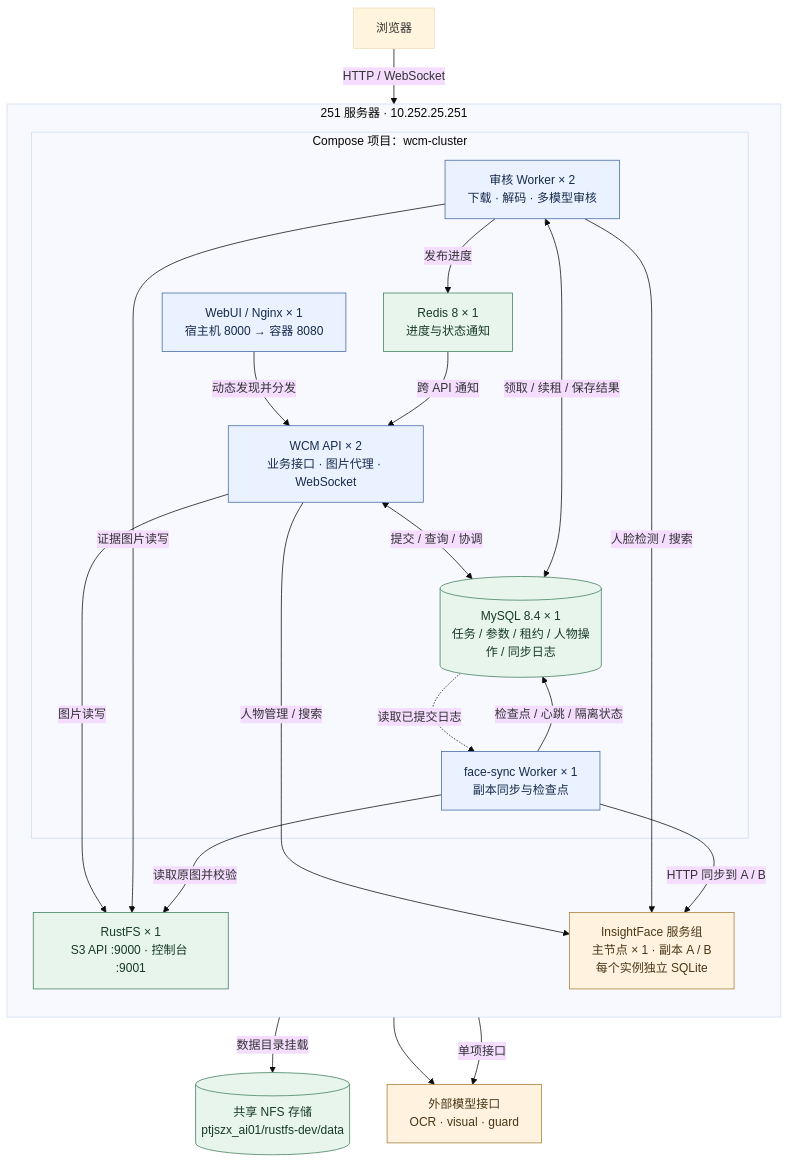
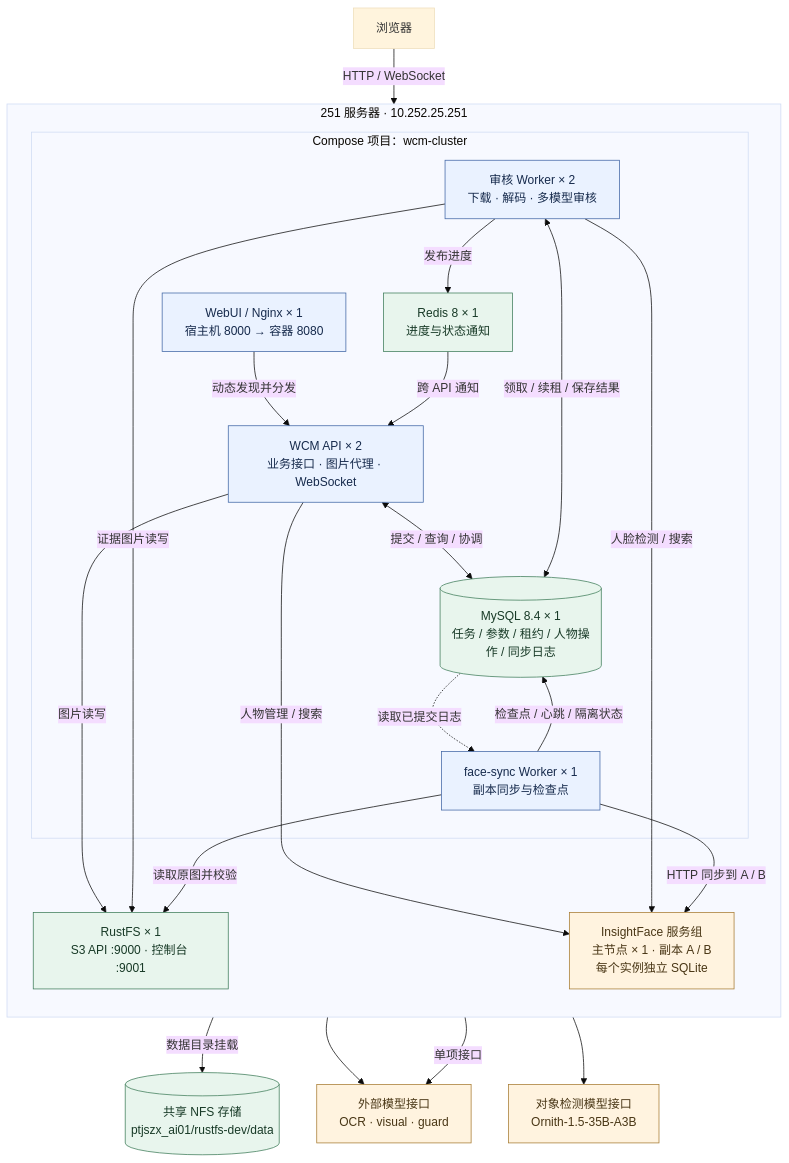
One commit to binarrii/WCM changed the first of 5 diagrams in docs/current-architecture.md. Above: the diagram before and after it, drawn with Mermaid (base theme). The commit also changed other lines of this file and 6 other files, not shown here.

````diff
--- a/docs/current-architecture.md
+++ b/docs/current-architecture.md
@@ -15,45 +15,47 @@
 ```mermaid
 flowchart TB
     Browser["浏览器"]
     Models["外部模型接口<br/>OCR · visual · guard"]
+    Flags["对象检测模型接口<br/>Ornith-1.5-35B-A3B"]
     NFS[("共享 NFS 存储<br/>ptjszx_ai01/rustfs-dev/data")]
 
     subgraph Host["251 服务器 · 10.252.25.251"]
         direction TB
         subgraph WCM["Compose 项目：wcm-cluster"]
             Web["WebUI / Nginx × 1<br/>宿主机 8000 → 容器 8080"]
             API["WCM API × 2<br/>业务接口 · 图片代理 · WebSocket"]
             Worker["审核 Worker × 2<br/>下载 · 解码 · 多模型审核"]
             DB[("MySQL 8.4 × 1<br/>任务 / 参数 / 租约 / 人物操作 / 同步日志")]
             Redis["Redis 8 × 1<br/>进度与状态通知"]
             Sync["face-sync Worker × 1<br/>副本同步与检查点"]
         end
         RustFS["RustFS × 1<br/>S3 API :9000 · 控制台 :9001"]
         Face["InsightFace 服务组<br/>主节点 × 1 · 副本 A / B<br/>每个实例独立 SQLite"]
     end
 
     Browser -->|HTTP / WebSocket| Web
     Web -->|动态发现并分发| API
     API <-->|提交 / 查询 / 协调| DB
     Worker <-->|领取 / 续租 / 保存结果| DB
     Worker -->|发布进度| Redis
     Redis -->|跨 API 通知| API
     DB -.->|读取已提交日志| Sync
     Sync -->|检查点 / 心跳 / 隔离状态| DB
     API -->|图片读写| RustFS
     Worker -->|证据图片读写| RustFS
     Sync -->|读取原图并校验| RustFS
     RustFS -->|数据目录挂载| NFS
     API -->|人物管理 / 搜索| Face
     Worker -->|人脸检测 / 搜索| Face
     Sync -->|HTTP 同步到 A / B| Face
     Worker --> Models
+    Worker --> Flags
     API -->|单项接口| Models
 
     classDef app fill:#eaf2ff,stroke:#4066a5,color:#172b4d;
     classDef data fill:#e8f5ed,stroke:#3e7c59,color:#183a27;
     classDef model fill:#fff3df,stroke:#a77b32,color:#493615;
     class Web,API,Worker,Sync app;
     class DB,Redis,RustFS,NFS data;
-    class Face,Models model;
+    class Face,Models,Flags model;
 ```
````
